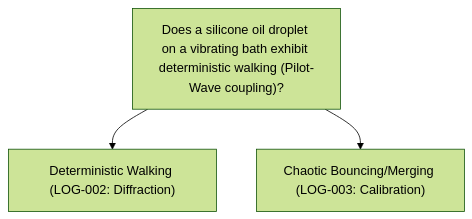
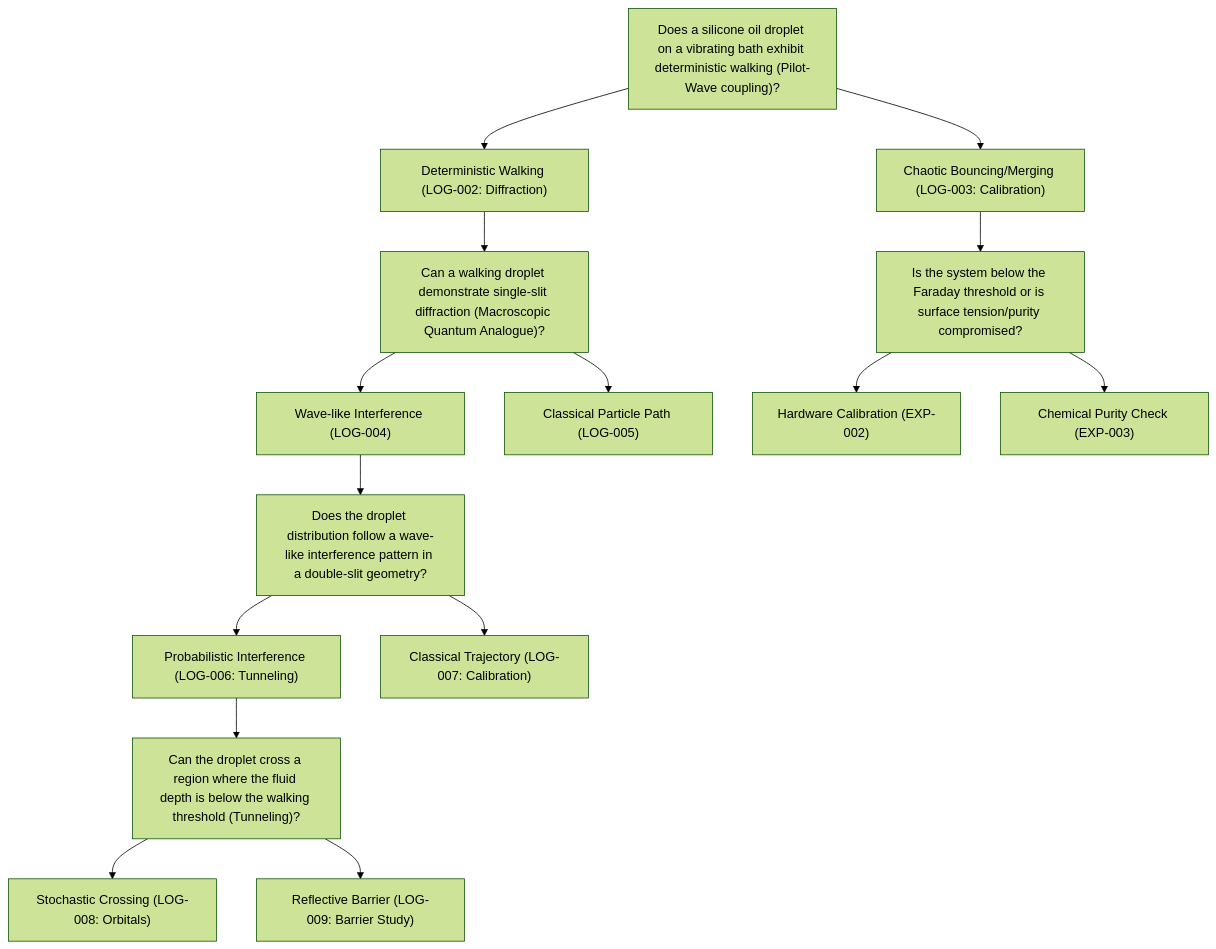
One commit to dmfallak/alchemist changed the diagram in STRATEGY.md. Above: the diagram before and after it, drawn with Mermaid (forest theme). The commit also changed 5 other files, not shown here.

Commit message:
feat: establish pilot-wave discovery loop strategy and hardware roadmap

````diff
--- a/STRATEGY.md
+++ b/STRATEGY.md
@@ -3,9 +3,33 @@
 ```mermaid
 graph TD;
     LOG-001["Does a silicone oil droplet on a vibrating bath exhibit deterministic walking (Pilot-Wave coupling)?"];
     LOG-001_A["Deterministic Walking (LOG-002: Diffraction)"];
     LOG-001 --> LOG-001_A;
+    LOG-001_A --> LOG-002;
     LOG-001_B["Chaotic Bouncing/Merging (LOG-003: Calibration)"];
     LOG-001 --> LOG-001_B;
+    LOG-001_B --> LOG-003;
+    LOG-002["Can a walking droplet demonstrate single-slit diffraction (Macroscopic Quantum Analogue)?"];
+    LOG-002_A["Wave-like Interference (LOG-004)"];
+    LOG-002 --> LOG-002_A;
+    LOG-002_A --> LOG-004;
+    LOG-002_B["Classical Particle Path (LOG-005)"];
+    LOG-002 --> LOG-002_B;
+    LOG-003["Is the system below the Faraday threshold or is surface tension/purity compromised?"];
+    LOG-003_A["Hardware Calibration (EXP-002)"];
+    LOG-003 --> LOG-003_A;
+    LOG-003_B["Chemical Purity Check (EXP-003)"];
+    LOG-003 --> LOG-003_B;
+    LOG-004["Does the droplet distribution follow a wave-like interference pattern in a double-slit geometry?"];
+    LOG-004_A["Probabilistic Interference (LOG-006: Tunneling)"];
+    LOG-004 --> LOG-004_A;
+    LOG-004_A --> LOG-006;
+    LOG-004_B["Classical Trajectory (LOG-007: Calibration)"];
+    LOG-004 --> LOG-004_B;
+    LOG-006["Can the droplet cross a region where the fluid depth is below the walking threshold (Tunneling)?"];
+    LOG-006_A["Stochastic Crossing (LOG-008: Orbitals)"];
+    LOG-006 --> LOG-006_A;
+    LOG-006_B["Reflective Barrier (LOG-009: Barrier Study)"];
+    LOG-006 --> LOG-006_B;
 
 ```
````
